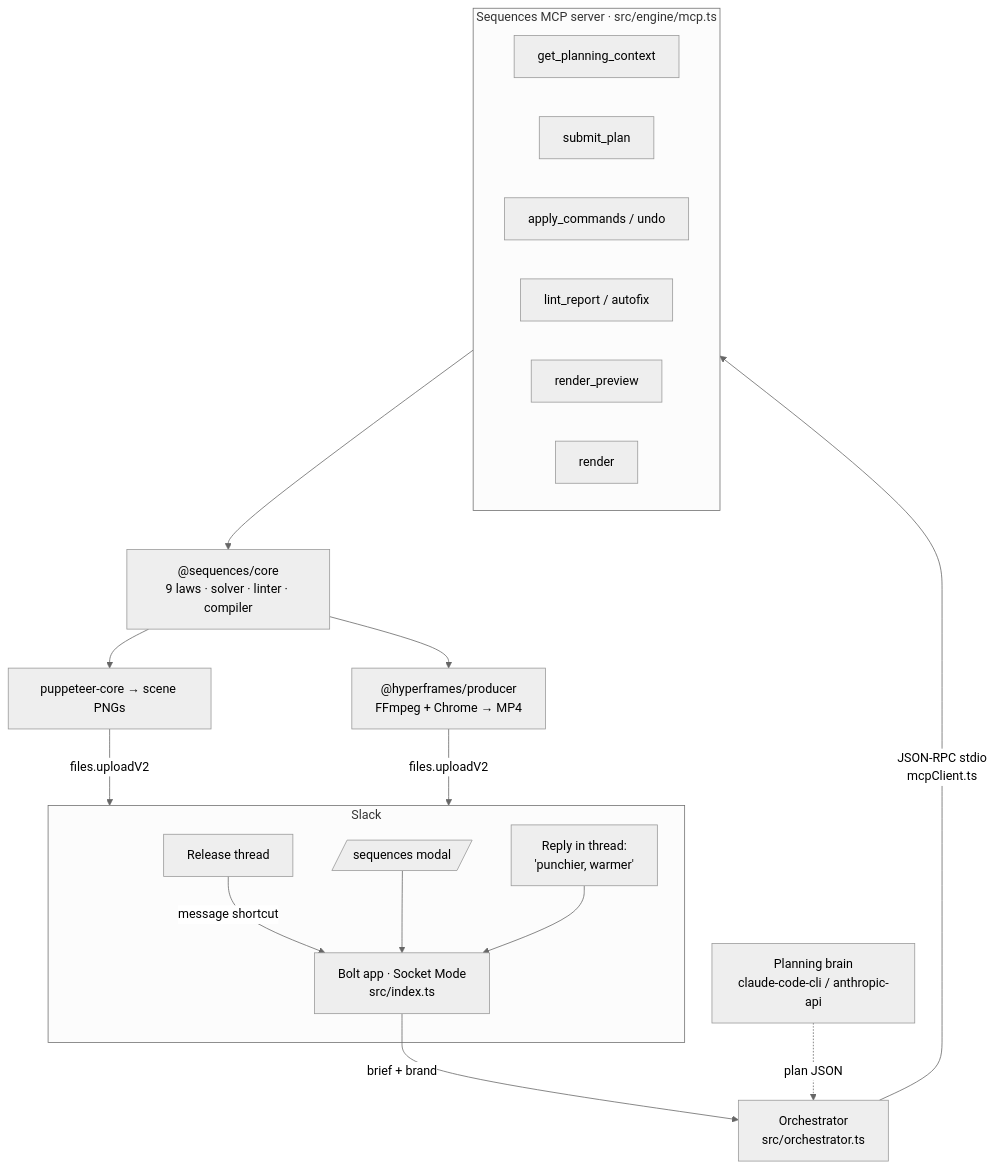
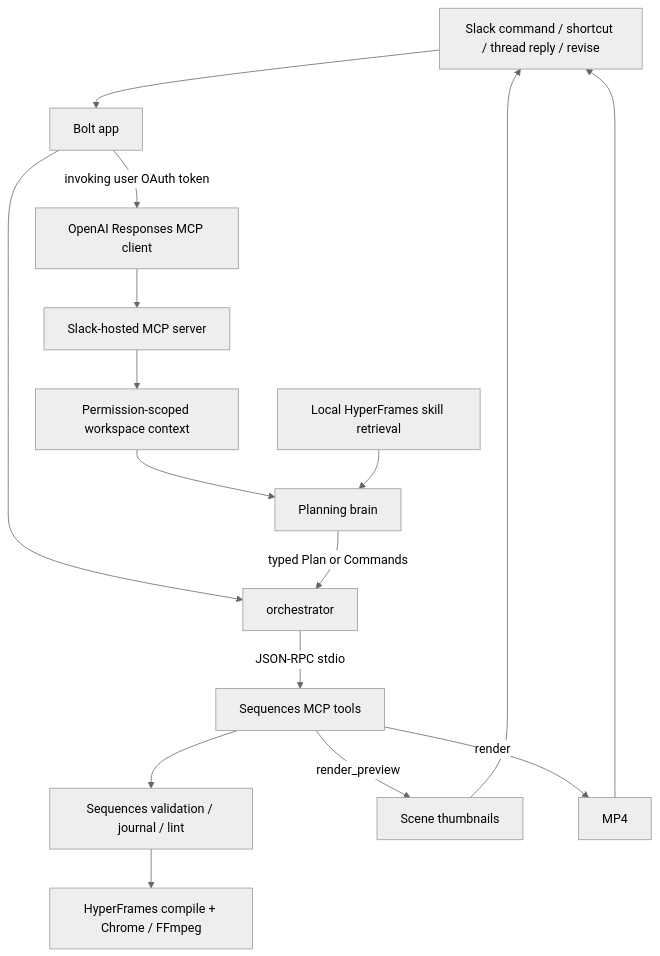
Before and after one commit to vladimirhegai/Slack_Sequences: the diagram in apps/slack/SLACK_PLAN.md, drawn with Mermaid (neutral theme). The commit also changed other lines of this file and 1408 other files, not shown here.

````diff
--- a/apps/slack/SLACK_PLAN.md
+++ b/apps/slack/SLACK_PLAN.md
@@ -166,31 +104,18 @@
 ```mermaid
 flowchart TD
-  subgraph Slack
-    A[Release thread] -->|message shortcut| B
-    A2[/sequences modal/] --> B
-    B[Bolt app · Socket Mode<br/>src/index.ts]
-    R[Reply in thread:<br/>'punchier, warmer'] --> B
-  end
-
-  B -->|brief + brand| O[Orchestrator<br/>src/orchestrator.ts]
-
-  subgraph MCP[Sequences MCP server · src/engine/mcp.ts]
-    T1[get_planning_context]
-    T2[submit_plan]
-    T3[apply_commands / undo]
-    T4[lint_report / autofix]
-    T5[render_preview]
-    T6[render]
-  end
-
-  O -->|JSON-RPC stdio<br/>mcpClient.ts| MCP
-
-  P[Planning brain<br/>claude-code-cli / anthropic-api] -.plan JSON.-> O
-
-  MCP --> C["@sequences/core<br/>9 laws · solver · linter · compiler"]
-  C --> H["@hyperframes/producer<br/>FFmpeg + Chrome → MP4"]
-  C --> TH[puppeteer-core → scene PNGs]
-
-  TH -->|files.uploadV2| Slack
-  H -->|files.uploadV2| Slack
+  S[Slack command / shortcut / thread reply / revise] --> B[Bolt app]
+  B -->|invoking user OAuth token| OC[OpenAI Responses MCP client]
+  OC --> SM[Slack-hosted MCP server]
+  SM --> WC[Permission-scoped workspace context]
+  WC --> P
+  B --> O[orchestrator]
+  K[Local HyperFrames skill retrieval] --> P[Planning brain]
+  P -->|typed Plan or Commands| O
+  O -->|JSON-RPC stdio| M[Sequences MCP tools]
+  M --> C[Sequences validation / journal / lint]
+  C --> H[HyperFrames compile + Chrome / FFmpeg]
+  M -->|render_preview| T[Scene thumbnails]
+  M -->|render| V[MP4]
+  T --> S
+  V --> S
 ```
````
